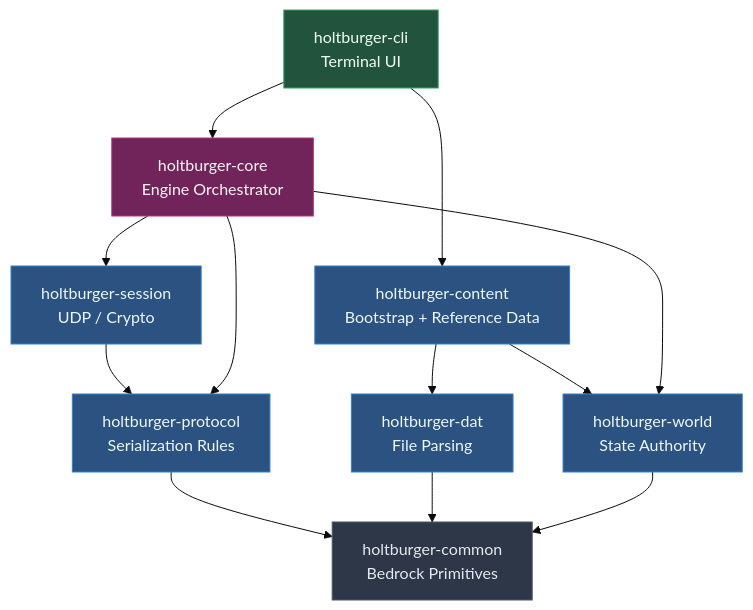
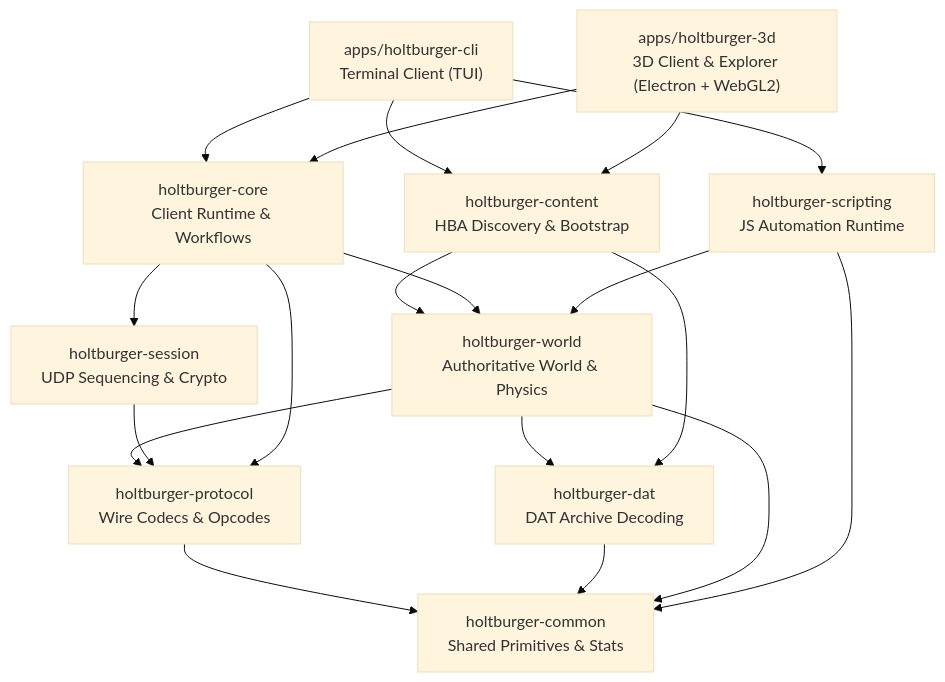
One commit to merklejerk/holtburger changed the first of 2 diagrams in ARCHITECTURE.md. Above: the diagram before and after it, drawn with Mermaid (base theme). The commit also changed other lines of this file and 2076 other files, not shown here.

````diff
--- a/ARCHITECTURE.md
+++ b/ARCHITECTURE.md
@@ -18,34 +15,32 @@
 ```mermaid
 graph TD
-    Common[holtburger-common<br/>Bedrock Primitives]
-    Protocol[holtburger-protocol<br/>Serialization Rules]
-    Dat[holtburger-dat<br/>File Parsing]
-    Content[holtburger-content<br/>Bootstrap + Reference Data]
-    Session[holtburger-session<br/>UDP / Crypto]
-    World[holtburger-world<br/>State Authority]
-    Core[holtburger-core<br/>Engine Orchestrator]
-    CLI[holtburger-cli<br/>Terminal UI]
+    Common["holtburger-common<br/>Shared Primitives & Stats"]
+    Protocol["holtburger-protocol<br/>Wire Codecs & Opcodes"]
+    Dat["holtburger-dat<br/>DAT Archive Decoding"]
+    Content["holtburger-content<br/>HBA Discovery & Bootstrap"]
+    Session["holtburger-session<br/>UDP Sequencing & Crypto"]
+    World["holtburger-world<br/>Authoritative World & Physics"]
+    Core["holtburger-core<br/>Client Runtime & Workflows"]
+    Scripting["holtburger-scripting<br/>JS Automation Runtime"]
+    CLI["apps/holtburger-cli<br/>Terminal Client (TUI)"]
+    H3D["apps/holtburger-3d<br/>3D Client & Explorer (Electron + WebGL2)"]
 
-    %% Dependencies
     Protocol --> Common
     Dat --> Common
+    World --> Common
+    World --> Protocol
+    World --> Dat
     Content --> Dat
     Content --> World
-    World --> Common
     Session --> Protocol
     Core --> Session
     Core --> World
     Core --> Protocol
+    Scripting --> Common
+    Scripting --> World
     CLI --> Content
     CLI --> Core
-    
-    classDef bedrock fill:#2d3748,stroke:#4a5568,color:#e2e8f0;
-    classDef internal fill:#2c5282,stroke:#3182ce,color:#ebf8ff;
-    classDef engine fill:#702459,stroke:#b83280,color:#fff5f5;
-    classDef app fill:#22543d,stroke:#38a169,color:#f0fff4;
-
-    class Common bedrock;
-    class Protocol,Dat,Content,Session,World internal;
-    class Core engine;
-    class CLI app;
+    CLI --> Scripting
+    H3D --> Content
+    H3D --> Core
 ```
````
